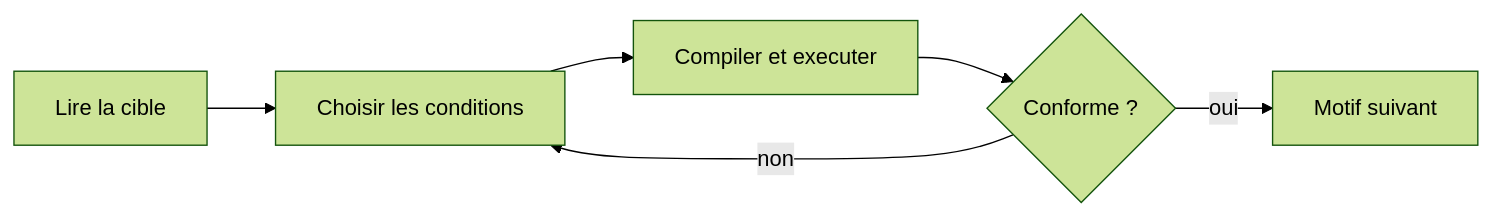
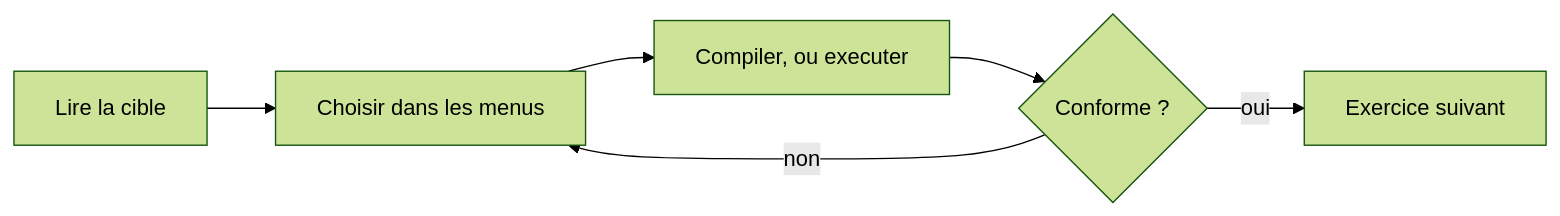
The diagram in README.md (bstocker/Atelier_Algo), drawn with Mermaid (forest theme) before and after one commit. The commit also changed other lines of this file and 2 other files, not shown here.

````diff
--- a/README.md
+++ b/README.md
@@ -489,8 +496,8 @@
 ```mermaid
 flowchart LR
-  A[Lire la cible] --> B[Choisir les conditions]
-  B --> C[Compiler et executer]
+  A[Lire la cible] --> B[Choisir dans les menus]
+  B --> C[Compiler, ou executer]
   C --> D{Conforme ?}
   D -->|non| B
-  D -->|oui| E[Motif suivant]
+  D -->|oui| E[Exercice suivant]
 ```
````
